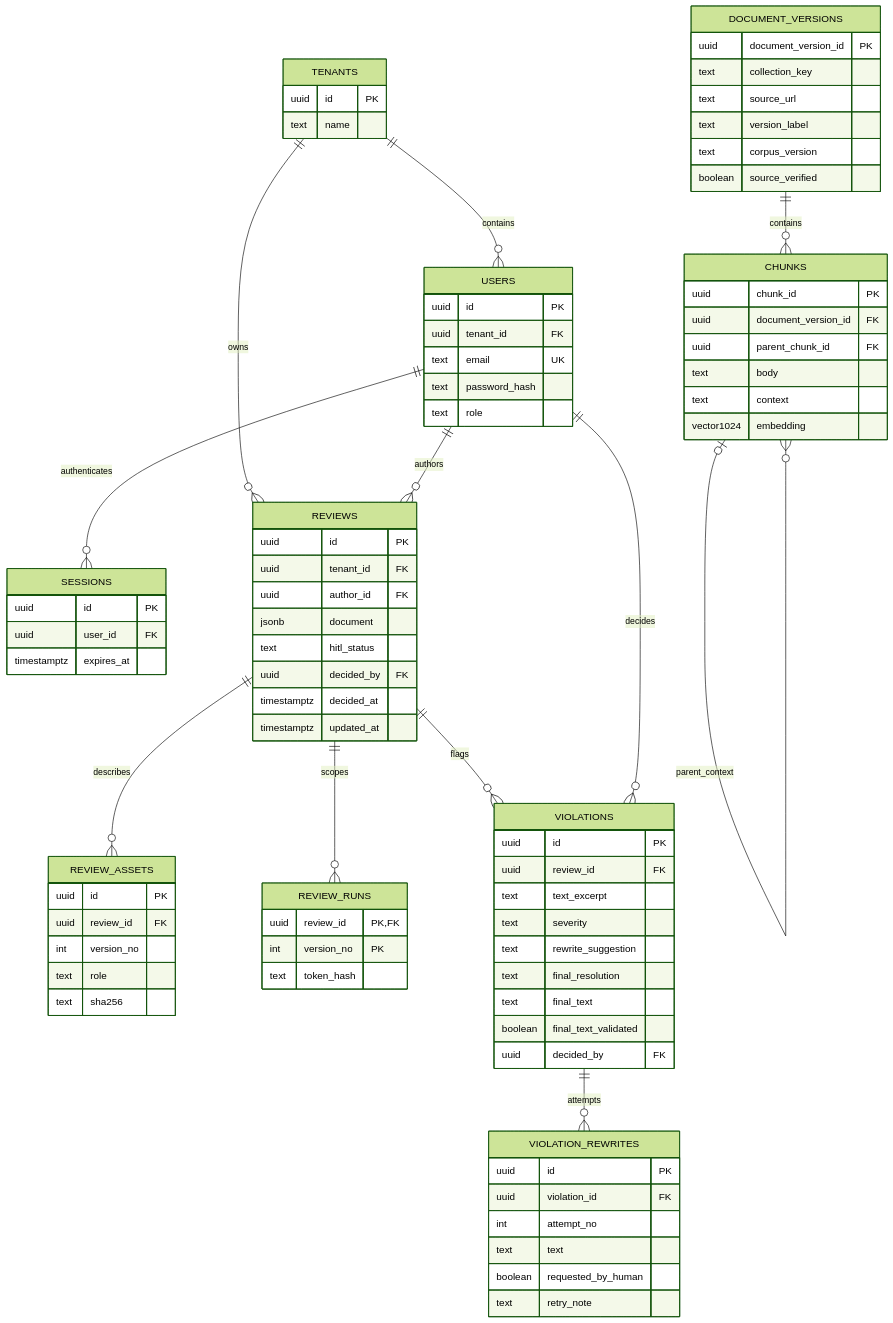
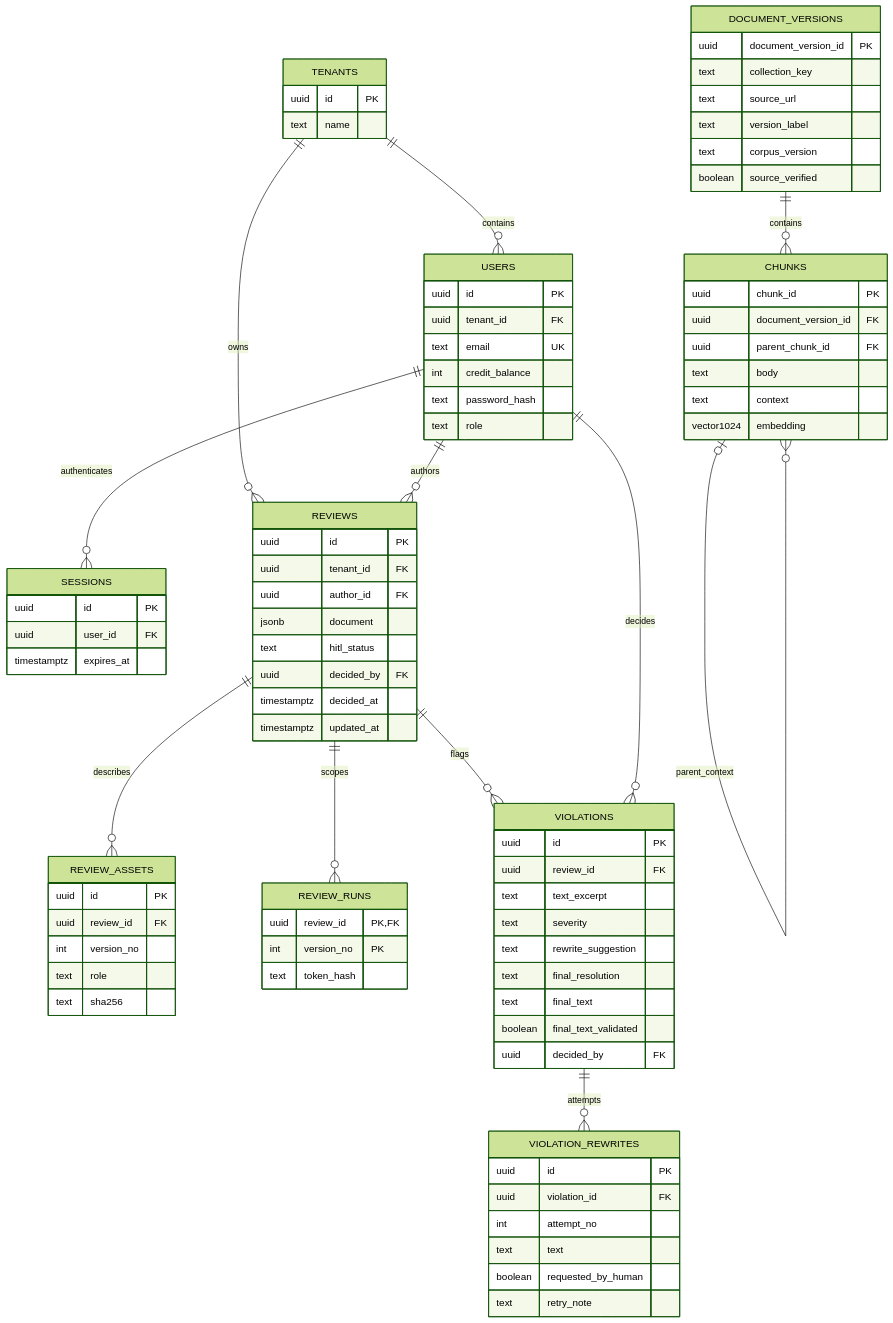
The diagram in docs/04-data.md (SKALA-AI-Agent-Capstone/backend), drawn with Mermaid (forest theme) before and after one commit. The commit also changed other lines of this file and 13 other files, not shown here.

```diff
--- a/docs/04-data.md
+++ b/docs/04-data.md
@@ -143,6 +143,7 @@
       uuid id PK
       uuid tenant_id FK
       text email UK
+      int credit_balance
       text password_hash
       text role
     }
```
